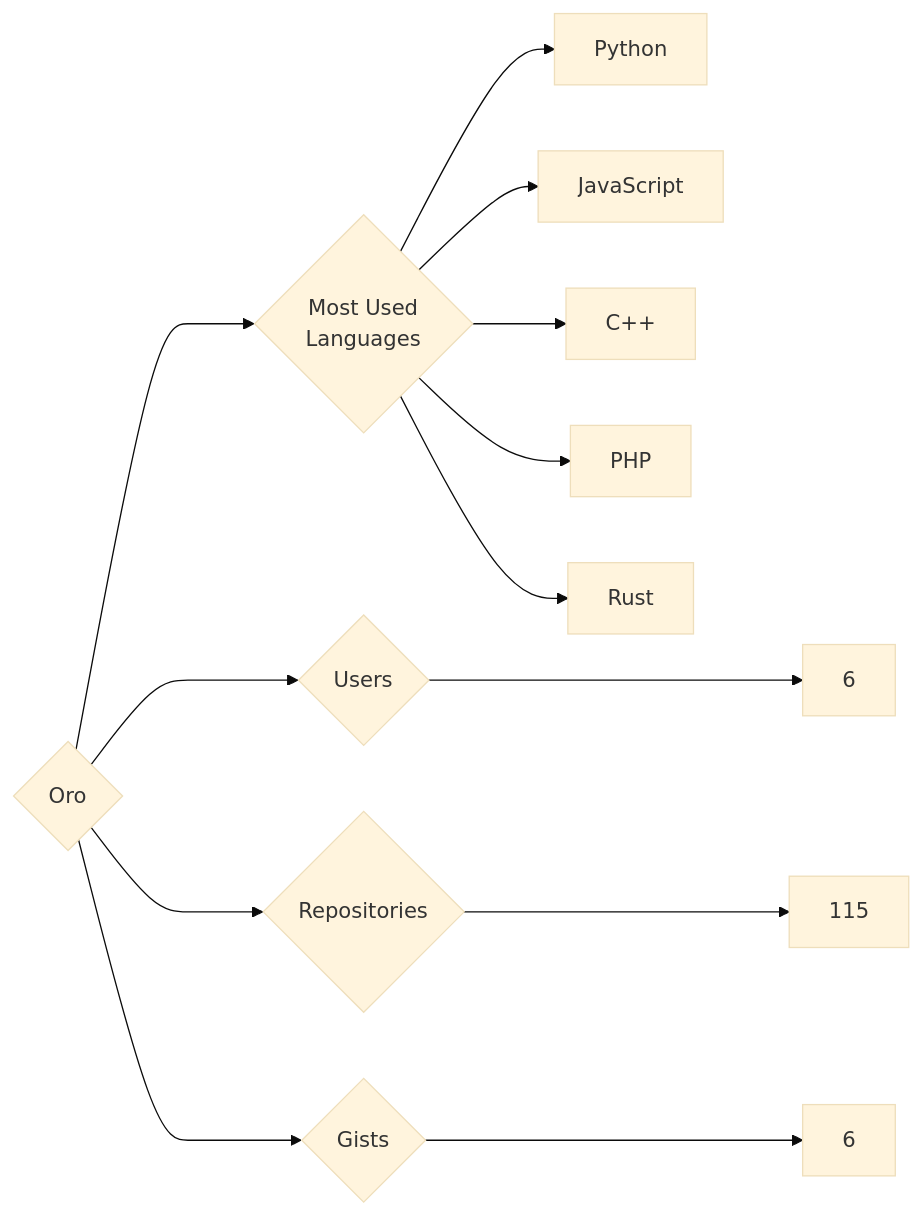
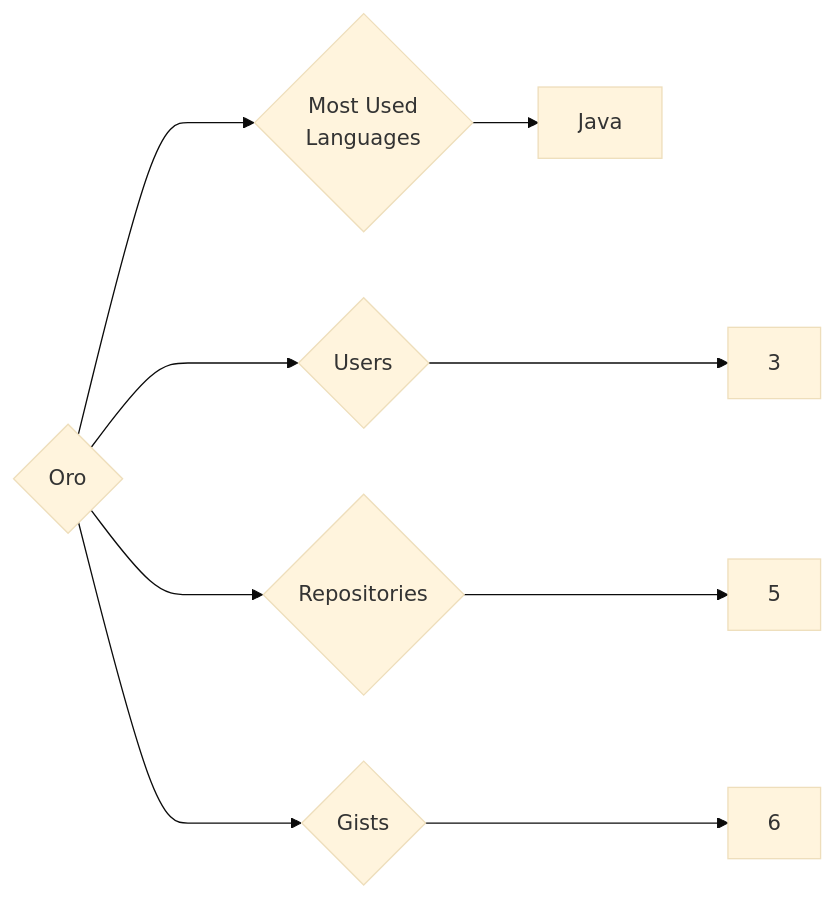
The diagram in targets/Oro/README.md (trickest/insiders), drawn with Mermaid (base theme) before and after one commit. The commit also changed 1479 other files, not shown here.

````diff
--- a/targets/Oro/README.md
+++ b/targets/Oro/README.md
@@ -3,13 +3,9 @@
 ```mermaid
 graph LR
 COMPANY_NAME{Oro}
-COMPANY_NAME ---> U{Users} ---> UN[6]
-COMPANY_NAME ---> R{Repositories} ---> RN[115]
+COMPANY_NAME ---> U{Users} ---> UN[3]
+COMPANY_NAME ---> R{Repositories} ---> RN[5]
 COMPANY_NAME ---> G{Gists} ---> GN[6]
 COMPANY_NAME ---> ML{Most Used<br>Languages}
-ML --> Python[Python]
-ML --> JavaScript[JavaScript]
-ML --> C++[C++]
-ML --> PHP[PHP]
-ML --> Rust[Rust]
+ML --> Java[Java]
 ```
````
